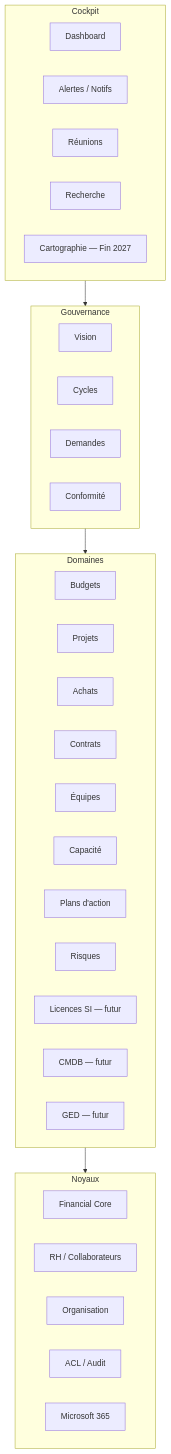
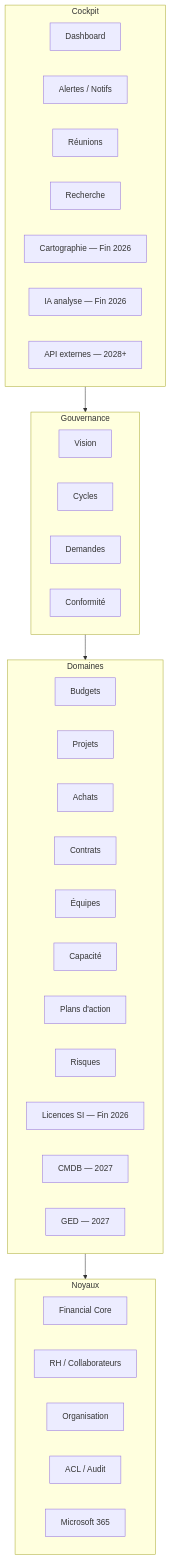
Before and after one commit to StephaneAtlani/starium-Orchestra: the first of 4 diagrams in docs/LIAISONS-MODULES.md, drawn with Mermaid. The commit also changed other lines of this file and 1 other file, not shown here.

Commit message:
docs: update module liaison documentation with revised timelines for Cartographie, IA, CMDB, and GED
This update revises the timelines in the module liaison documentation, reflecting the completion of Cartographie and IA by the end of 2026, and updates the expected delivery dates for CMDB and GED to 2027. Additionally, it introduces a new entry for API externes with a timeline extending beyond 2028. These changes enhance clarity on project timelines and inter-module dependencies.

````diff
--- a/docs/LIAISONS-MODULES.md
+++ b/docs/LIAISONS-MODULES.md
@@ -34,37 +34,39 @@
 ```mermaid
 flowchart TB
   subgraph cockpit [Cockpit]
     DASH[Dashboard]
     ALERT[Alertes / Notifs]
     MEET[Réunions]
     SEARCH[Recherche]
-            ATLAS[Cartographie — Fin 2027]
+    ATLAS[Cartographie — Fin 2026]
+    AI[IA analyse — Fin 2026]
+    CONN[API externes — 2028+]
   end
   subgraph gouv [Gouvernance]
     VIS[Vision]
     CYC[Cycles]
     IN[Demandes]
     COMP[Conformité]
   end
   subgraph dom [Domaines]
     BUD[Budgets]
     PROJ[Projets]
     ACH[Achats]
     CTR[Contrats]
     TEAM[Équipes]
     CAPA[Capacité]
     PLAN[Plans d'action]
     RISK[Risques]
-    LIC[Licences SI — futur]
-    CMDB[CMDB — futur]
-    GED[GED — futur]
+    LIC[Licences SI — Fin 2026]
+    CMDB[CMDB — 2027]
+    GED[GED — 2027]
   end
   subgraph noy [Noyaux]
     FIN[Financial Core]
     RH[RH / Collaborateurs]
     ORG[Organisation]
     ACL[ACL / Audit]
     M365[Microsoft 365]
   end
   cockpit --> gouv --> dom --> noy
 ```
````
